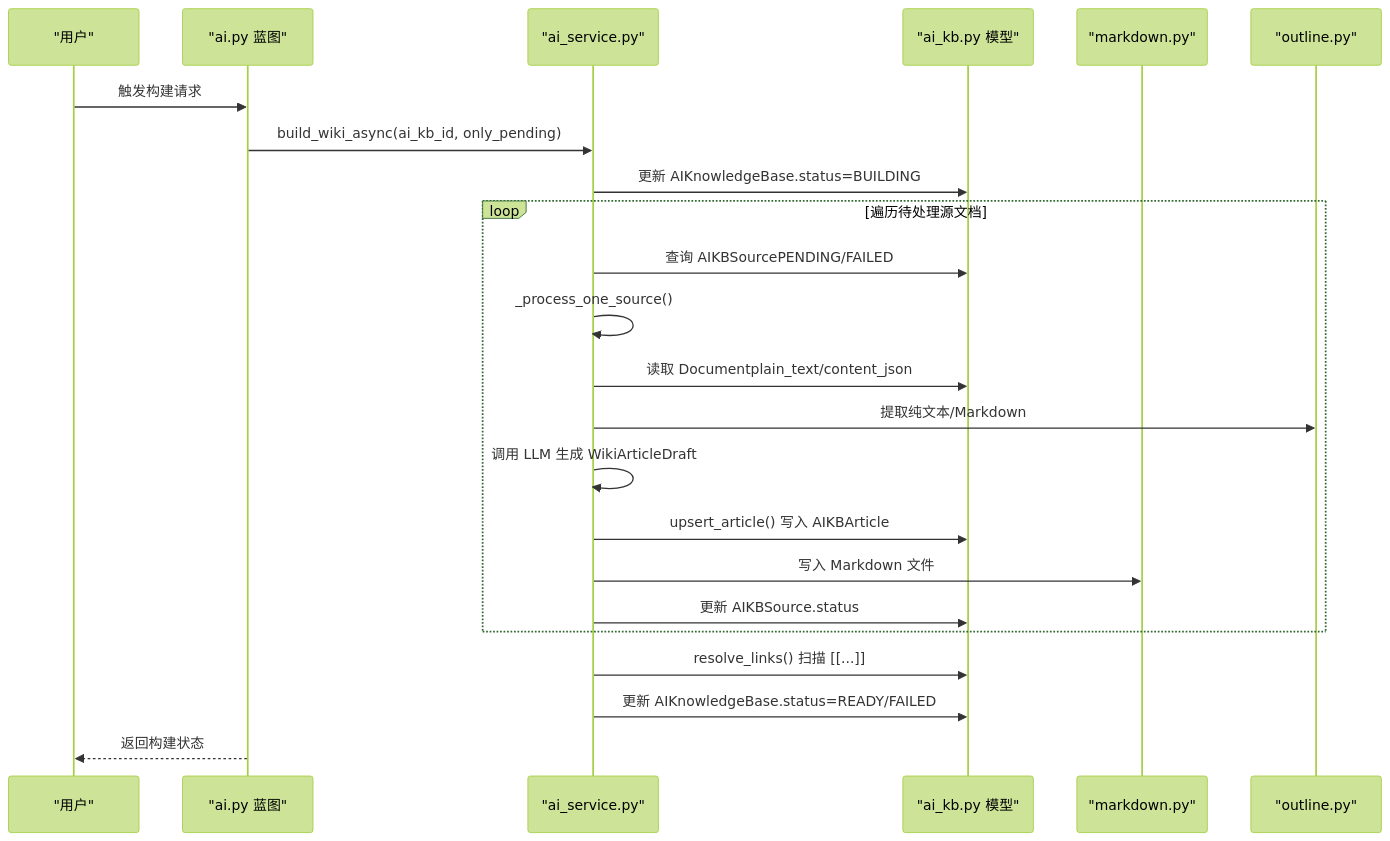
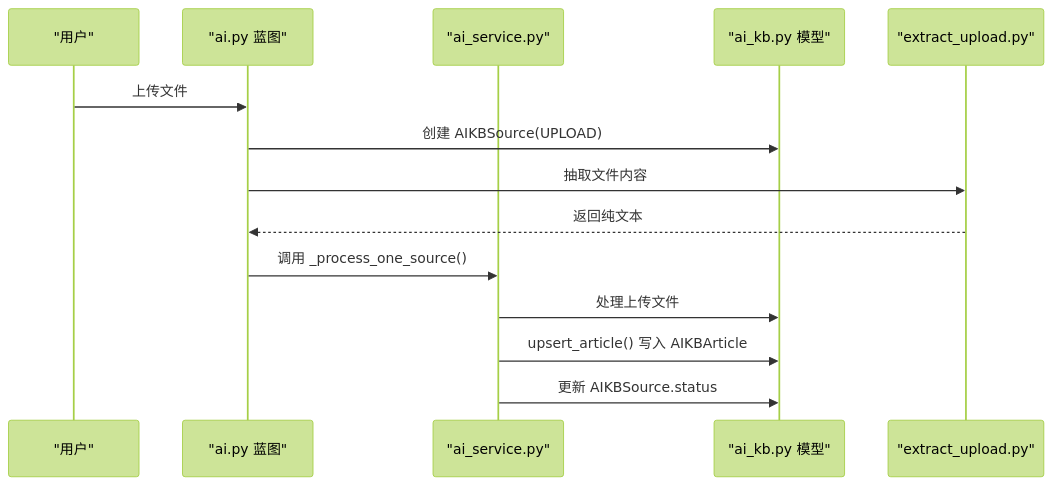
The fourth of 6 diagrams in .qoder/repowiki/zh/content/架构设计/数据持久化架构/AI知识库数据模型.md (beyondalbert/my_wiki), drawn with Mermaid (forest theme) before and after one commit. The commit also changed other lines of this file and 7 other files, not shown here.

````diff
--- a/.qoder/repowiki/zh/content/架构设计/数据持久化架构/AI知识库数据模型.md
+++ b/.qoder/repowiki/zh/content/架构设计/数据持久化架构/AI知识库数据模型.md
@@ -239,25 +321,16 @@
 ```mermaid
 sequenceDiagram
 participant U as "用户"
 participant BP as "ai.py 蓝图"
 participant S as "ai_service.py"
 participant M as "ai_kb.py 模型"
-participant MD as "markdown.py"
-participant OL as "outline.py"
-U->>BP : 触发构建请求
-BP->>S : build_wiki_async(ai_kb_id, only_pending)
-S->>M : 更新 AIKnowledgeBase.status=BUILDING
-loop 遍历待处理源文档
-S->>M : 查询 AIKBSourcePENDING/FAILED
-S->>S : _process_one_source()
-S->>M : 读取 Documentplain_text/content_json
-S->>OL : 提取纯文本/Markdown
-S->>S : 调用 LLM 生成 WikiArticleDraft
+participant EX as "extract_upload.py"
+U->>BP : 上传文件
+BP->>M : 创建 AIKBSource(UPLOAD)
+BP->>EX : 抽取文件内容
+EX-->>BP : 返回纯文本
+BP->>S : 调用 _process_one_source()
+S->>M : 处理上传文件
 S->>M : upsert_article() 写入 AIKBArticle
-S->>MD : 写入 Markdown 文件
 S->>M : 更新 AIKBSource.status
-end
-S->>M : resolve_links() 扫描 [[...]]
-S->>M : 更新 AIKnowledgeBase.status=READY/FAILED
-BP-->>U : 返回构建状态
 ```
````
